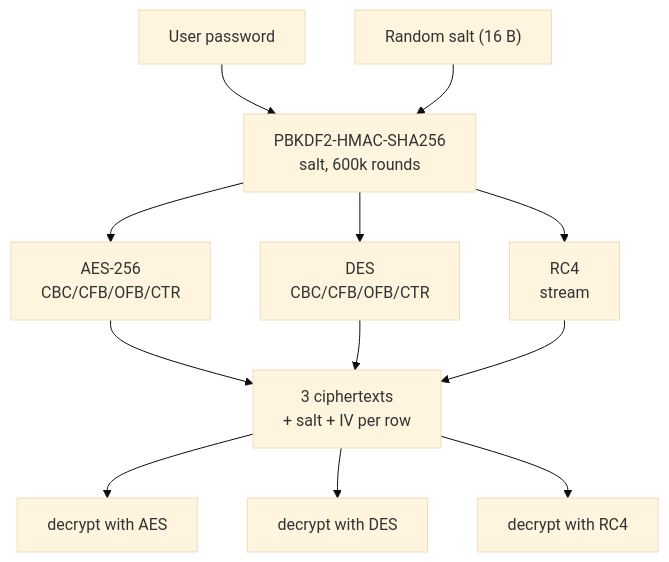
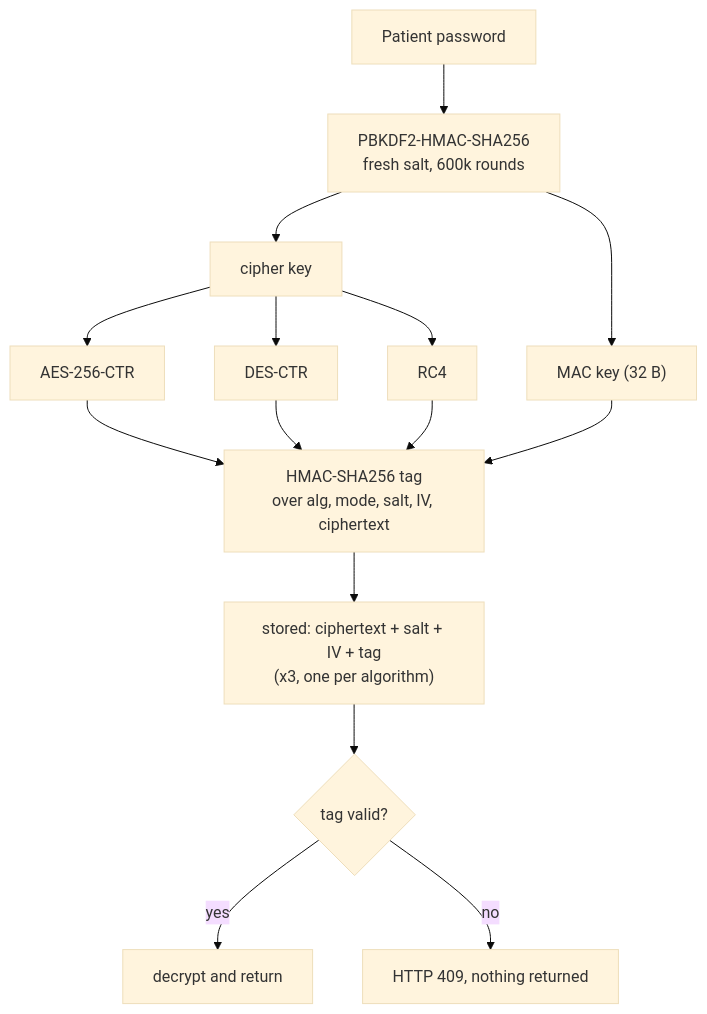
The diagram in docs/encryption.md (nittsuj/cipher-safe-backend), drawn with Mermaid (base theme) before and after one commit. The commit also changed other lines of this file and 2 other files, not shown here.

````diff
--- a/docs/encryption.md
+++ b/docs/encryption.md
@@ -279,16 +237,17 @@
 ```mermaid
 flowchart TD
-    P["User password"] --> K["PBKDF2-HMAC-SHA256<br/>salt, 600k rounds"]
-    S["Random salt (16 B)"] --> K
-    K --> AES["AES-256<br/>CBC/CFB/OFB/CTR"]
-    K --> DES["DES<br/>CBC/CFB/OFB/CTR"]
-    K --> RC4["RC4<br/>stream"]
-
-    AES --> OUT["3 ciphertexts<br/>+ salt + IV per row"]
-    DES --> OUT
-    RC4 --> OUT
-
-    OUT --> DEC1["decrypt with AES"]
-    OUT --> DEC2["decrypt with DES"]
-    OUT --> DEC3["decrypt with RC4"]
+    P["Patient password"] --> K["PBKDF2-HMAC-SHA256<br/>fresh salt, 600k rounds"]
+    K --> CK["cipher key"]
+    K --> MK["MAC key (32 B)"]
+    CK --> AES["AES-256-CTR"]
+    CK --> DES["DES-CTR"]
+    CK --> RC4["RC4"]
+    AES --> T["HMAC-SHA256 tag<br/>over alg, mode, salt, IV, ciphertext"]
+    DES --> T
+    RC4 --> T
+    MK --> T
+    T --> OUT["stored: ciphertext + salt + IV + tag<br/>(x3, one per algorithm)"]
+    OUT --> V{"tag valid?"}
+    V -- yes --> D["decrypt and return"]
+    V -- no --> R["HTTP 409, nothing returned"]
 ```
````
